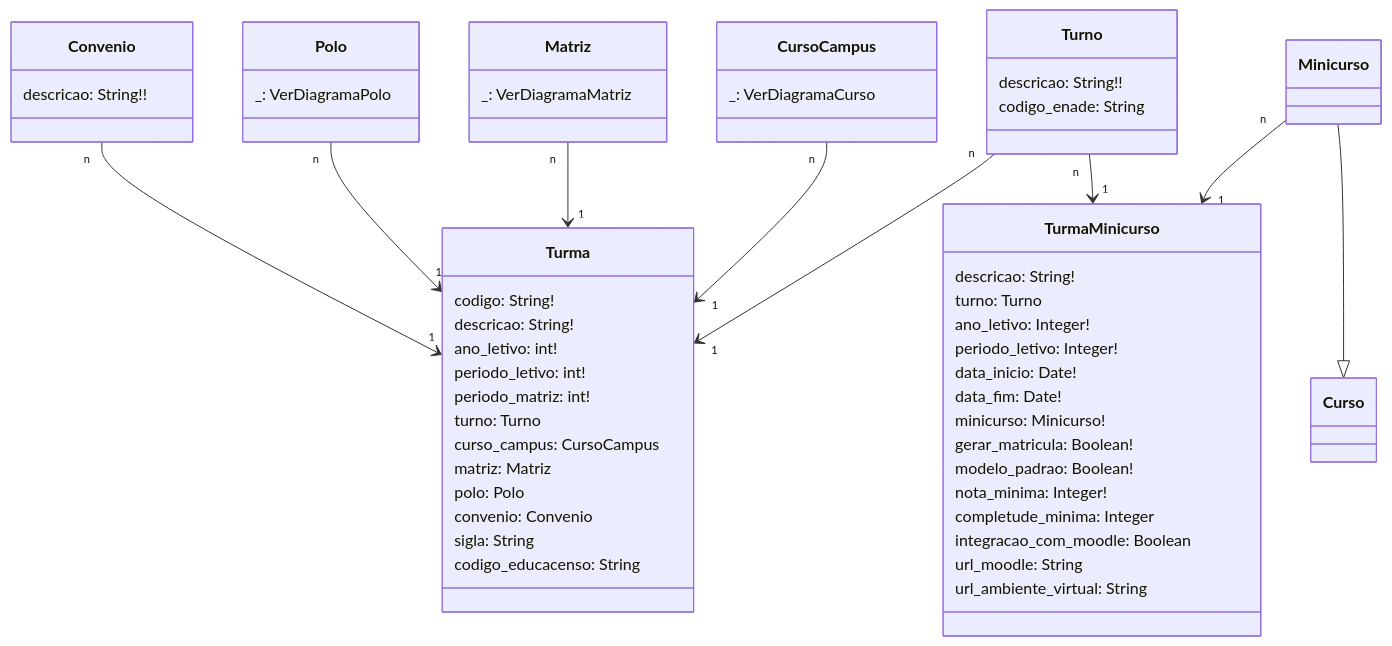
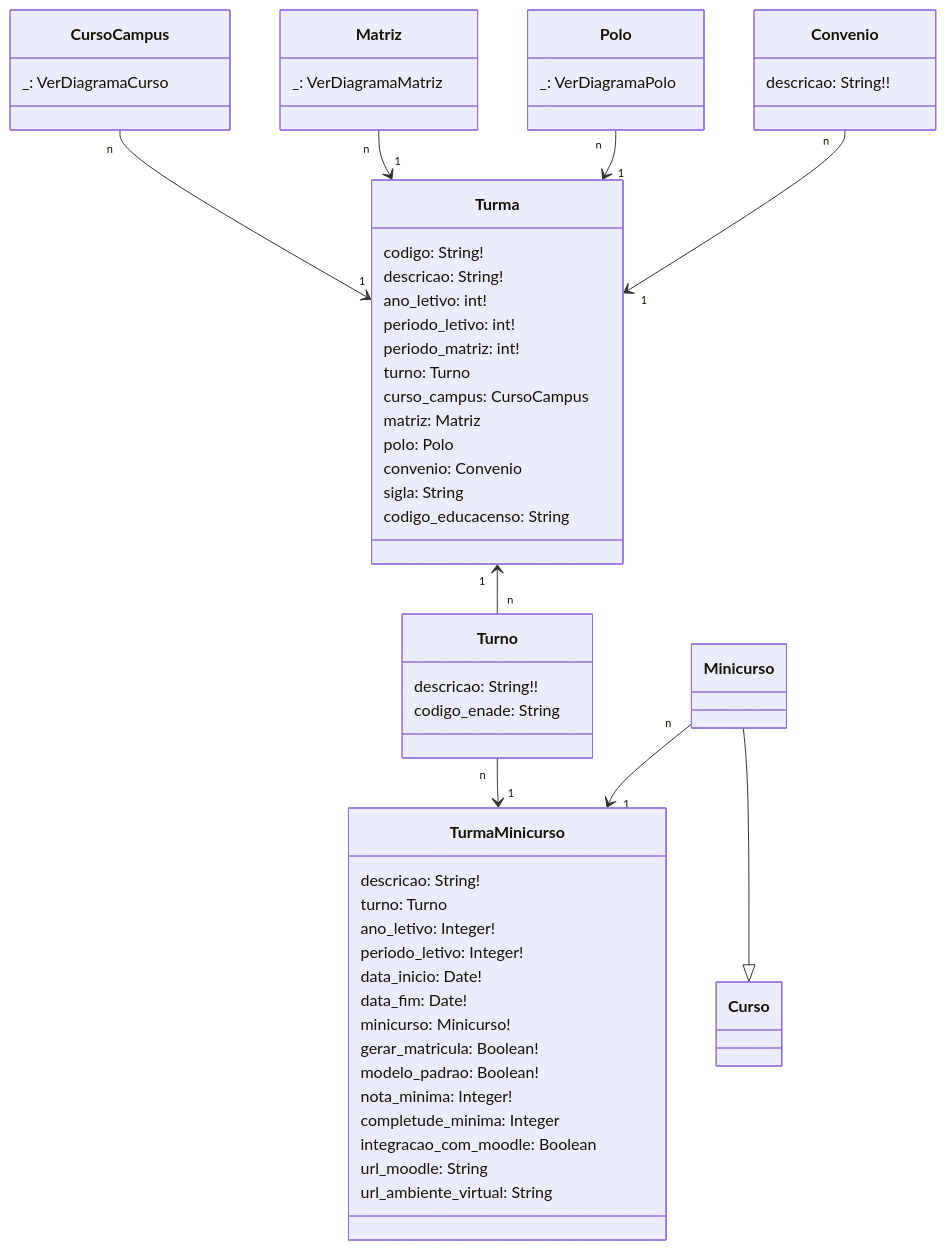
One commit to cte-zl-ifrn/cte-zl-ifrn.github.io changed the diagram in suap/modelo_edu_turma.md. Above: the diagram before and after it, drawn with Mermaid.

Commit message:
diagrama de turma

````diff
--- a/suap/modelo_edu_turma.md
+++ b/suap/modelo_edu_turma.md
@@ -5,65 +5,65 @@
 ```mermaid
 classDiagram
     class Turma{
         codigo: String!
         descricao: String!
         ano_letivo: int!
         periodo_letivo: int!
         periodo_matriz: int!
         turno: Turno
         curso_campus: CursoCampus
         matriz: Matriz
         polo: Polo
         convenio: Convenio
         sigla: String
         codigo_educacenso: String
     }
 
     class Turno{
         descricao: String!!
         codigo_enade: String
     }
     class CursoCampus {
         _: VerDiagramaCurso
     }
     class Matriz {
         _: VerDiagramaMatriz
     }
     class Polo {
         _: VerDiagramaPolo
     }
     class Convenio{
         descricao: String!!
     }
 
     class Minicurso {
     }
     class TurmaMinicurso{
         descricao: String!
         turno: Turno
         ano_letivo: Integer!
         periodo_letivo: Integer!
         data_inicio: Date!
         data_fim: Date!
         minicurso: Minicurso!
         gerar_matricula: Boolean!
         modelo_padrao: Boolean!
         nota_minima: Integer!
         completude_minima: Integer
         integracao_com_moodle: Boolean
         url_moodle: String
         url_ambiente_virtual: String
     }
 
-    Turno "n" --> "1" Turma
+    Turma "1" <-- "n" Turno
     CursoCampus "n" --> "1" Turma
     Matriz "n" --> "1" Turma
     Polo "n" --> "1" Turma
     Convenio "n" --> "1" Turma
 
     Minicurso "n" --> "1" TurmaMinicurso
     Turno "n" --> "1" TurmaMinicurso
 
     Minicurso --|> Curso
 
 ```
````
